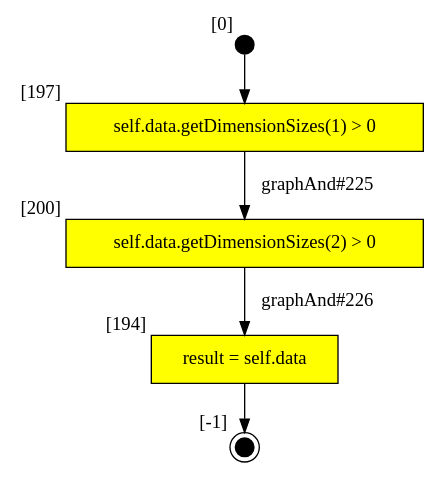
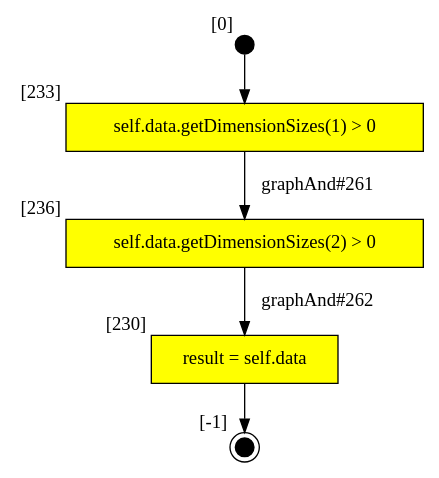
Before and after one commit to SamHseih/ocl-testcase-generator: the diagram in output/CLG/TwoDimVarArray/DynamicFixedsizeArrays_TwoDimVarArray_getData_DCC.dot, drawn with Graphviz. The commit also changed 642 other files, not shown here.

```diff
--- a/output/CLG/TwoDimVarArray/DynamicFixedsizeArrays_TwoDimVarArray_getData_DCC.dot
+++ b/output/CLG/TwoDimVarArray/DynamicFixedsizeArrays_TwoDimVarArray_getData_DCC.dot
@@ -1,11 +1,11 @@
 digraph CLG {
-  194 [shape="box", label="result = self.data", style=filled, fillcolor=yellow, xlabel="[194]"];
-  195 [style=filled, fillcolor=black, shape="doublecircle", label="", fixedsize=true, width=.2, height=.2, xlabel="[-1]"];
-  196 [style=filled, fillcolor=black, shape="circle", label="", fixedsize=true, width=.2, height=.2, xlabel="[0]"];
-  197 [shape="box", label="self.data.getDimensionSizes(1) > 0", style=filled, fillcolor=yellow, xlabel="[197]"];
-  200 [shape="box", label="self.data.getDimensionSizes(2) > 0", style=filled, fillcolor=yellow, xlabel="[200]"];
-  197 -> 200[label="graphAnd#225"];
-  200 -> 194[label="graphAnd#226"];
-  194 -> 195;
-  196 -> 197;
+  230 [shape="box", label="result = self.data", style=filled, fillcolor=yellow, xlabel="[230]"];
+  231 [style=filled, fillcolor=black, shape="doublecircle", label="", fixedsize=true, width=.2, height=.2, xlabel="[-1]"];
+  232 [style=filled, fillcolor=black, shape="circle", label="", fixedsize=true, width=.2, height=.2, xlabel="[0]"];
+  233 [shape="box", label="self.data.getDimensionSizes(1) > 0", style=filled, fillcolor=yellow, xlabel="[233]"];
+  236 [shape="box", label="self.data.getDimensionSizes(2) > 0", style=filled, fillcolor=yellow, xlabel="[236]"];
+  230 -> 231;
+  232 -> 233;
+  233 -> 236[label="graphAnd#261"];
+  236 -> 230[label="graphAnd#262"];
 }
```
